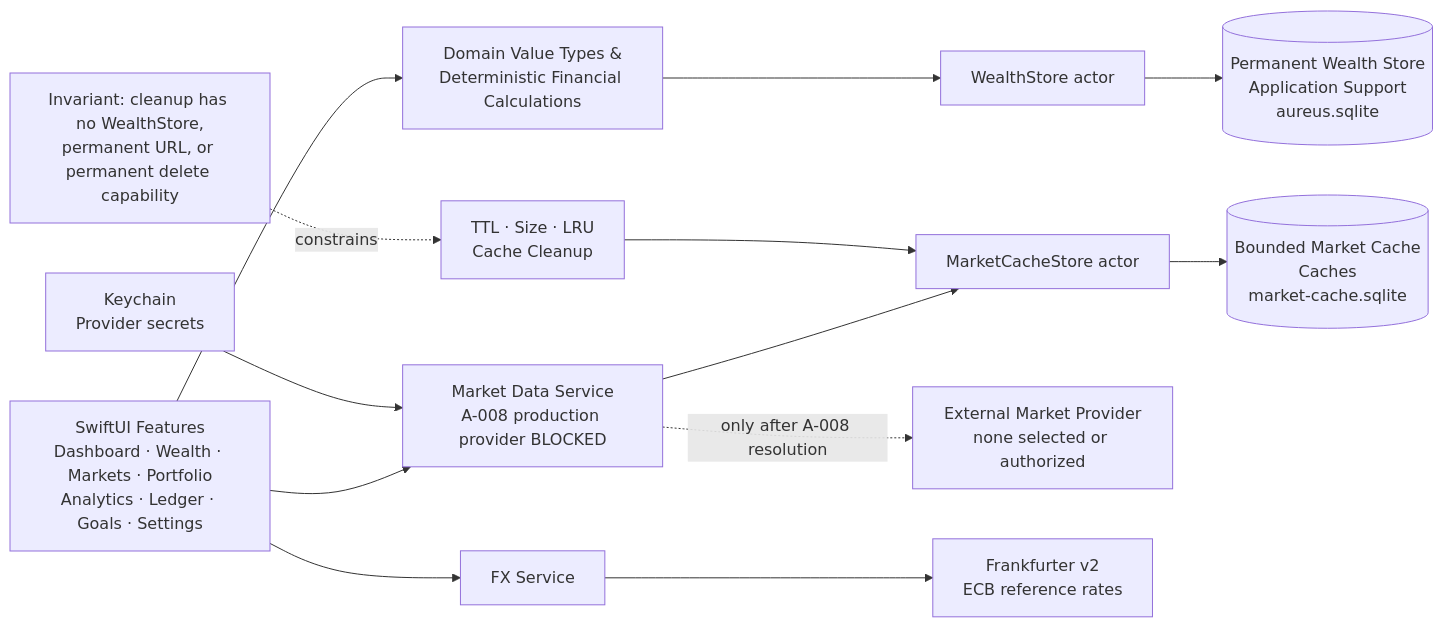
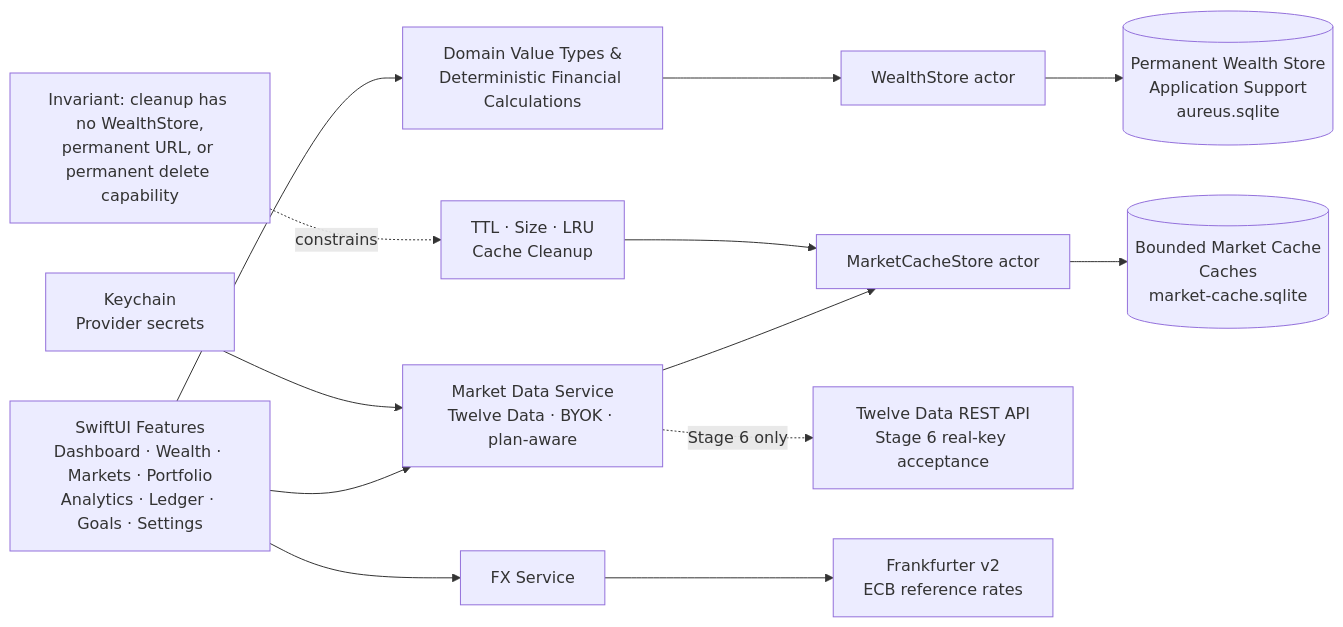
The diagram in docs/V1_ARCHITECTURE.md (freeforest/Aureus), drawn with Mermaid before and after one commit. The commit also changed other lines of this file and 5 other files, not shown here.

Commit message:
v0.1.2-Update V1_SCOPE.md to reflect final freeze candidate status and Twelve Data as the Primary Market Data Provider. Clarify BYOK credential model and access requirements for market coverage. Adjust Stage mappings to specify implementation details and limitations for Stage 2 and Stage 6.

````diff
--- a/docs/V1_ARCHITECTURE.md
+++ b/docs/V1_ARCHITECTURE.md
@@ -732,29 +794,29 @@
 ```mermaid
 flowchart LR
     Features["SwiftUI Features\nDashboard · Wealth · Markets · Portfolio\nAnalytics · Ledger · Goals · Settings"]
     Domain["Domain Value Types &\nDeterministic Financial Calculations"]
     WealthStore["WealthStore actor"]
     PermanentDB[("Permanent Wealth Store\nApplication Support\naureus.sqlite")]
-    MarketService["Market Data Service\nA-008 production provider BLOCKED"]
+    MarketService["Market Data Service\nTwelve Data · BYOK · plan-aware"]
     CacheStore["MarketCacheStore actor"]
     CacheDB[("Bounded Market Cache\nCaches\nmarket-cache.sqlite")]
     CacheCleanup["TTL · Size · LRU\nCache Cleanup"]
-    ExternalMarket["External Market Provider\nnone selected or authorized"]
+    ExternalMarket["Twelve Data REST API\nStage 6 real-key acceptance"]
     FXService["FX Service"]
     ExternalFX["Frankfurter v2\nECB reference rates"]
     Keychain["Keychain\nProvider secrets"]
     Guard["Invariant: cleanup has no WealthStore,\npermanent URL, or permanent delete capability"]
 
     Features --> Domain
     Features --> MarketService
     Features --> FXService
     Domain --> WealthStore
     WealthStore --> PermanentDB
     MarketService --> CacheStore
     CacheStore --> CacheDB
     CacheCleanup --> CacheStore
-    MarketService -. "only after A-008 resolution" .-> ExternalMarket
+    MarketService -. "Stage 6 only" .-> ExternalMarket
     FXService --> ExternalFX
     Keychain --> MarketService
     Guard -. "constrains" .-> CacheCleanup
 ```
````
